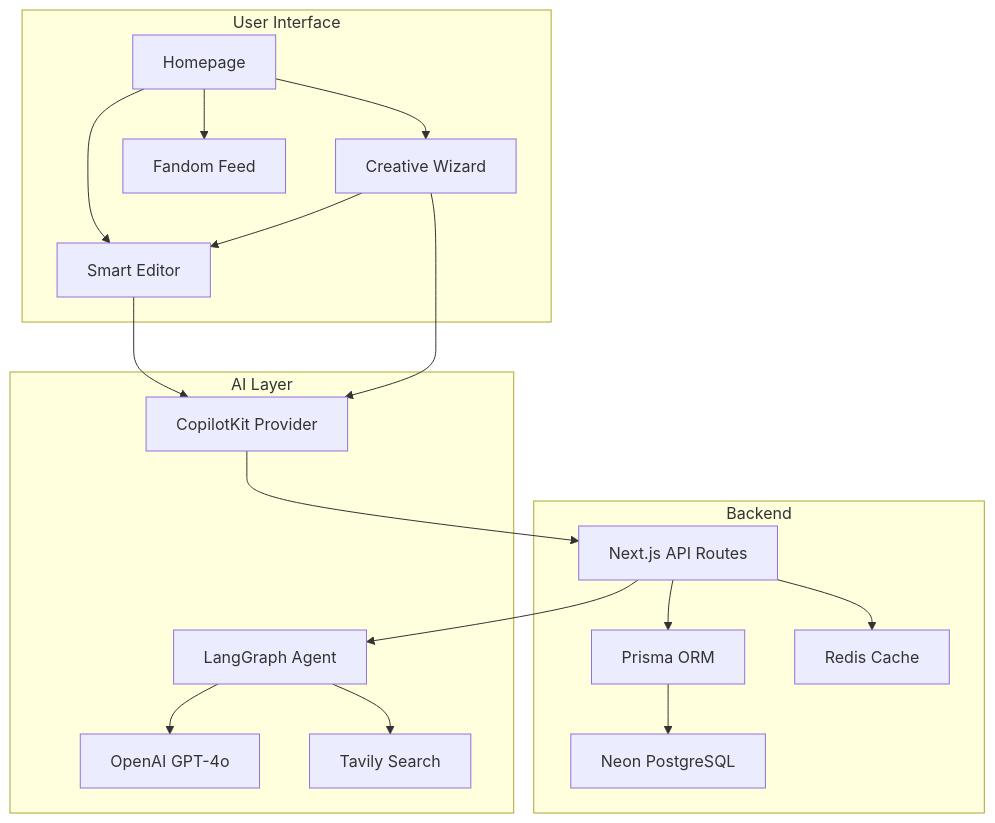
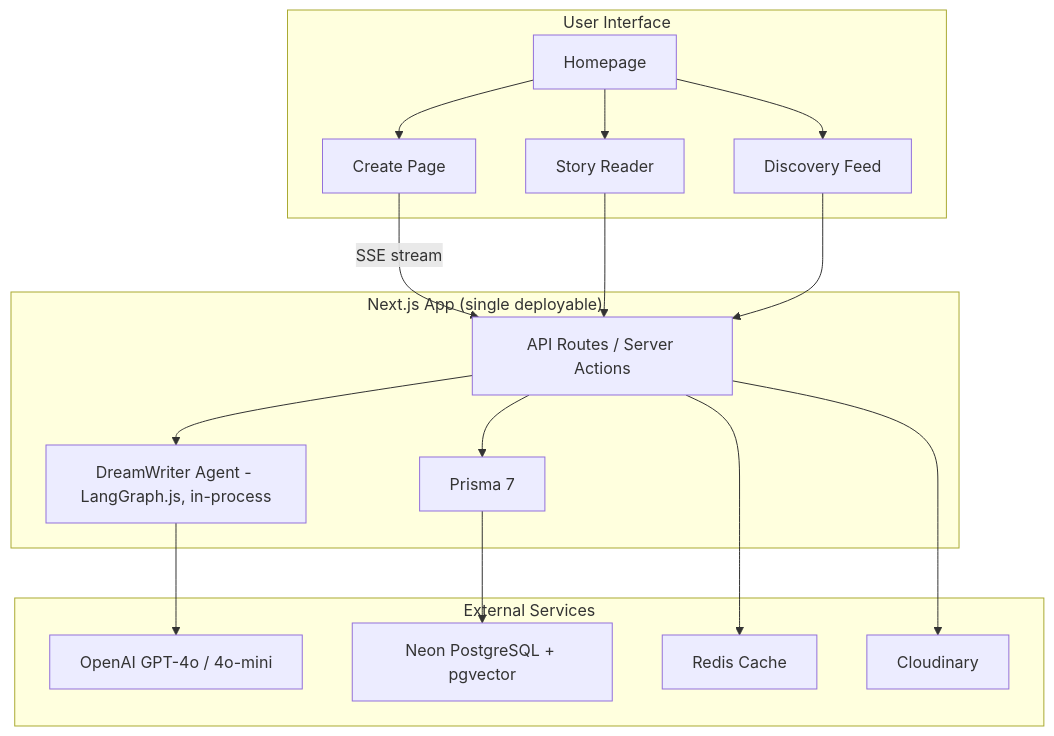
Before and after one commit to ChanMeng666/fanfic-lab: the first of 4 diagrams in README.md, drawn with Mermaid. The commit also changed other lines of this file and 6 other files, not shown here.

First line of the commit message:
docs: sync documentation to current architecture; add agent-first docs

````diff
--- a/README.md
+++ b/README.md
@@ -116,33 +116,31 @@
 ```mermaid
 graph TB
     subgraph "User Interface"
-        A[Homepage] --> B[Creative Wizard]
-        A --> C[Smart Editor]
-        A --> D[Fandom Feed]
-        B --> C
+        A[Homepage] --> B[Create Page]
+        A --> D[Discovery Feed]
+        A --> R[Story Reader]
     end
 
-    subgraph "AI Layer"
-        E[CopilotKit Provider]
-        F[LangGraph Agent]
-        G[OpenAI GPT-4o]
-        H[Tavily Search]
+    subgraph "Next.js App (single deployable)"
+        I[API Routes / Server Actions]
+        F[DreamWriter Agent - LangGraph.js, in-process]
+        J[Prisma 7]
     end
 
-    subgraph "Backend"
-        I[Next.js API Routes]
-        J[Prisma ORM]
-        K[Neon PostgreSQL]
+    subgraph "External Services"
+        G[OpenAI GPT-4o / 4o-mini]
+        K[Neon PostgreSQL + pgvector]
         L[Redis Cache]
+        P[Cloudinary]
     end
 
-    C --> E
-    B --> E
-    E --> I
+    B -->|SSE stream| I
+    R --> I
+    D --> I
     I --> F
     F --> G
-    F --> H
     I --> J
     J --> K
     I --> L
+    I --> P
 ```
````
